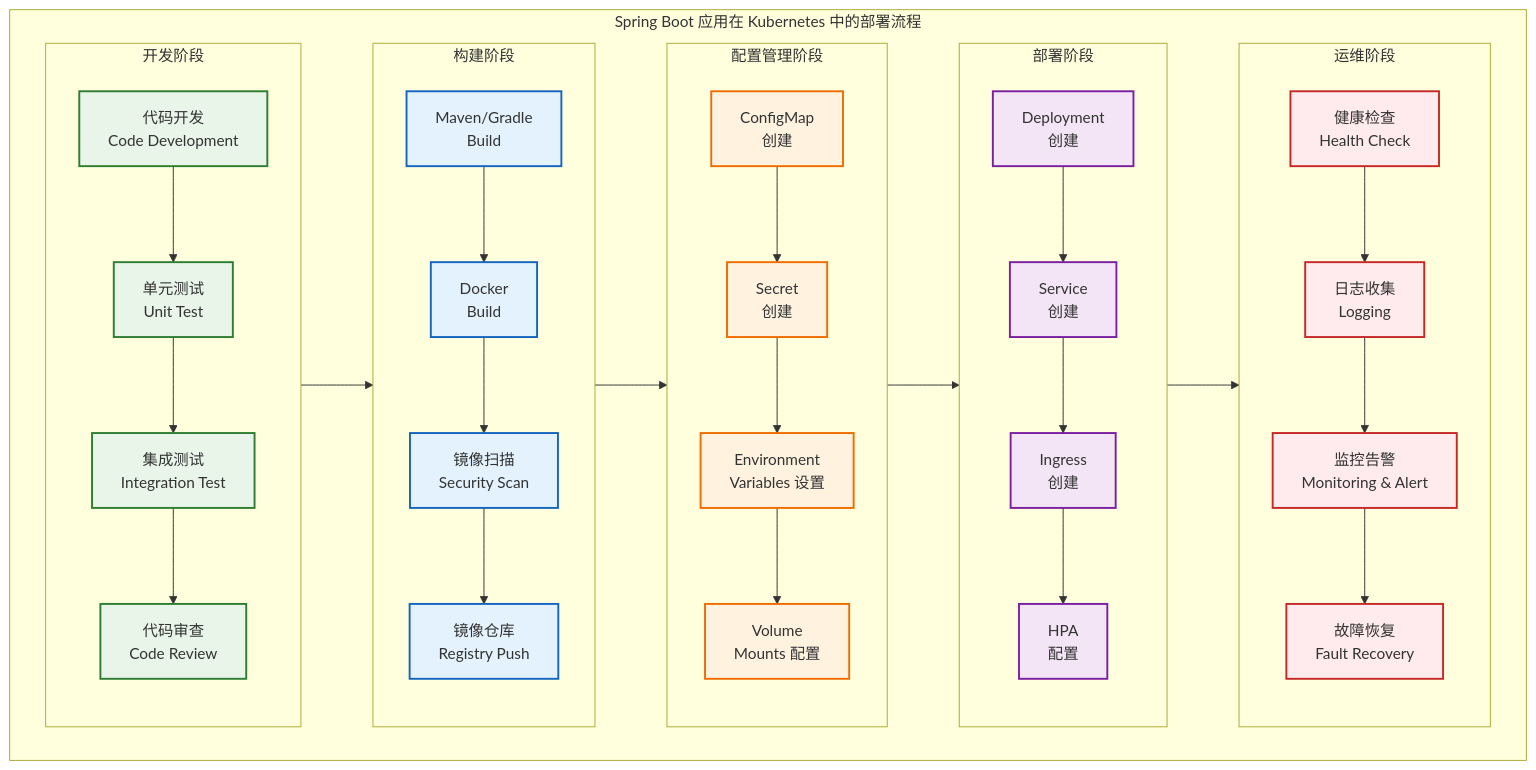
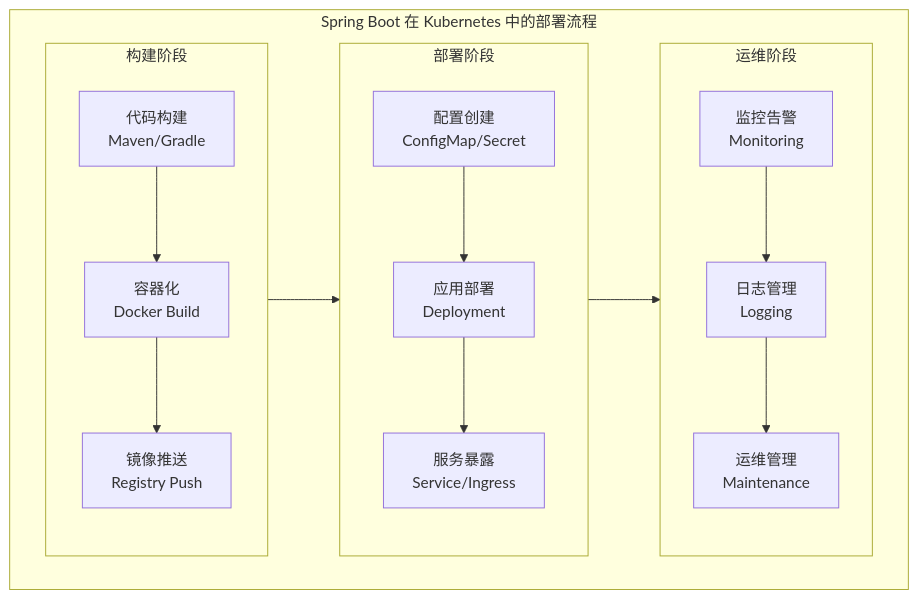
The seventh of 16 diagrams in Advanced-Topics/operator/Spring-Boot-Operator.md (leonstack/kubernetes-hands-on-course), drawn with Mermaid before and after one commit. The commit also changed other lines of this file, not shown here.

````diff
--- a/Advanced-Topics/operator/Spring-Boot-Operator.md
+++ b/Advanced-Topics/operator/Spring-Boot-Operator.md
@@ -567,83 +730,34 @@
 ```mermaid
 flowchart TD
-    subgraph "Spring Boot 应用在 Kubernetes 中的部署流程"
-        subgraph dev ["开发阶段"]
-            CodeDev["代码开发<br/>Code Development"]
-            UnitTest["单元测试<br/>Unit Test"]
-            IntegrationTest["集成测试<br/>Integration Test"]
-            CodeReview["代码审查<br/>Code Review"]
-        end
-        
+    subgraph "Spring Boot 在 Kubernetes 中的部署流程"
         subgraph build ["构建阶段"]
-            MavenBuild["Maven/Gradle<br/>Build"]
-            DockerBuild["Docker<br/>Build"]
-            SecurityScan["镜像扫描<br/>Security Scan"]
-            RegistryPush["镜像仓库<br/>Registry Push"]
-        end
-        
-        subgraph config ["配置管理阶段"]
-            ConfigMapCreate["ConfigMap<br/>创建"]
-            SecretCreate["Secret<br/>创建"]
-            EnvVars["Environment<br/>Variables 设置"]
-            VolumeMounts["Volume<br/>Mounts 配置"]
+            CodeBuild["代码构建<br/>Maven/Gradle"]
+            DockerBuild["容器化<br/>Docker Build"]
+            ImagePush["镜像推送<br/>Registry Push"]
         end
         
         subgraph deploy ["部署阶段"]
-            DeploymentCreate["Deployment<br/>创建"]
-            ServiceCreate["Service<br/>创建"]
-            IngressCreate["Ingress<br/>创建"]
-            HPAConfig["HPA<br/>配置"]
+            ConfigCreate["配置创建<br/>ConfigMap/Secret"]
+            AppDeploy["应用部署<br/>Deployment"]
+            ServiceExpose["服务暴露<br/>Service/Ingress"]
         end
         
         subgraph ops ["运维阶段"]
-            HealthCheck["健康检查<br/>Health Check"]
-            LogCollection["日志收集<br/>Logging"]
-            MonitorAlert["监控告警<br/>Monitoring & Alert"]
-            FaultRecovery["故障恢复<br/>Fault Recovery"]
+            Monitor["监控告警<br/>Monitoring"]
+            LogManage["日志管理<br/>Logging"]
+            Maintenance["运维管理<br/>Maintenance"]
         end
     end
     
-    %% 开发阶段流程
-    CodeDev --> UnitTest
-    UnitTest --> IntegrationTest
-    IntegrationTest --> CodeReview
-    
-    %% 阶段间流程
-    dev --> build
-    build --> config
-    config --> deploy
+    build --> deploy
     deploy --> ops
     
-    %% 构建阶段流程
-    MavenBuild --> DockerBuild
-    DockerBuild --> SecurityScan
-    SecurityScan --> RegistryPush
+    CodeBuild --> DockerBuild
+    DockerBuild --> ImagePush
     
-    %% 配置管理阶段流程
-    ConfigMapCreate --> SecretCreate
-    SecretCreate --> EnvVars
-    EnvVars --> VolumeMounts
+    ConfigCreate --> AppDeploy
+    AppDeploy --> ServiceExpose
     
-    %% 部署阶段流程
-    DeploymentCreate --> ServiceCreate
-    ServiceCreate --> IngressCreate
-    IngressCreate --> HPAConfig
-    
-    %% 运维阶段流程
-    HealthCheck --> LogCollection
-    LogCollection --> MonitorAlert
-    MonitorAlert --> FaultRecovery
-    
-    %% 样式定义
-    classDef devStyle fill:#e8f5e8,stroke:#2e7d32,stroke-width:2px
-    classDef buildStyle fill:#e3f2fd,stroke:#1565c0,stroke-width:2px
-    classDef configStyle fill:#fff3e0,stroke:#ef6c00,stroke-width:2px
-    classDef deployStyle fill:#f3e5f5,stroke:#7b1fa2,stroke-width:2px
-    classDef opsStyle fill:#ffebee,stroke:#c62828,stroke-width:2px
-    
-    class CodeDev,UnitTest,IntegrationTest,CodeReview devStyle
-    class MavenBuild,DockerBuild,SecurityScan,RegistryPush buildStyle
-    class ConfigMapCreate,SecretCreate,EnvVars,VolumeMounts configStyle
-    class DeploymentCreate,ServiceCreate,IngressCreate,HPAConfig deployStyle
-    class HealthCheck,LogCollection,MonitorAlert,FaultRecovery opsStyle
+    Monitor --> LogManage
+    LogManage --> Maintenance
 ```
````
